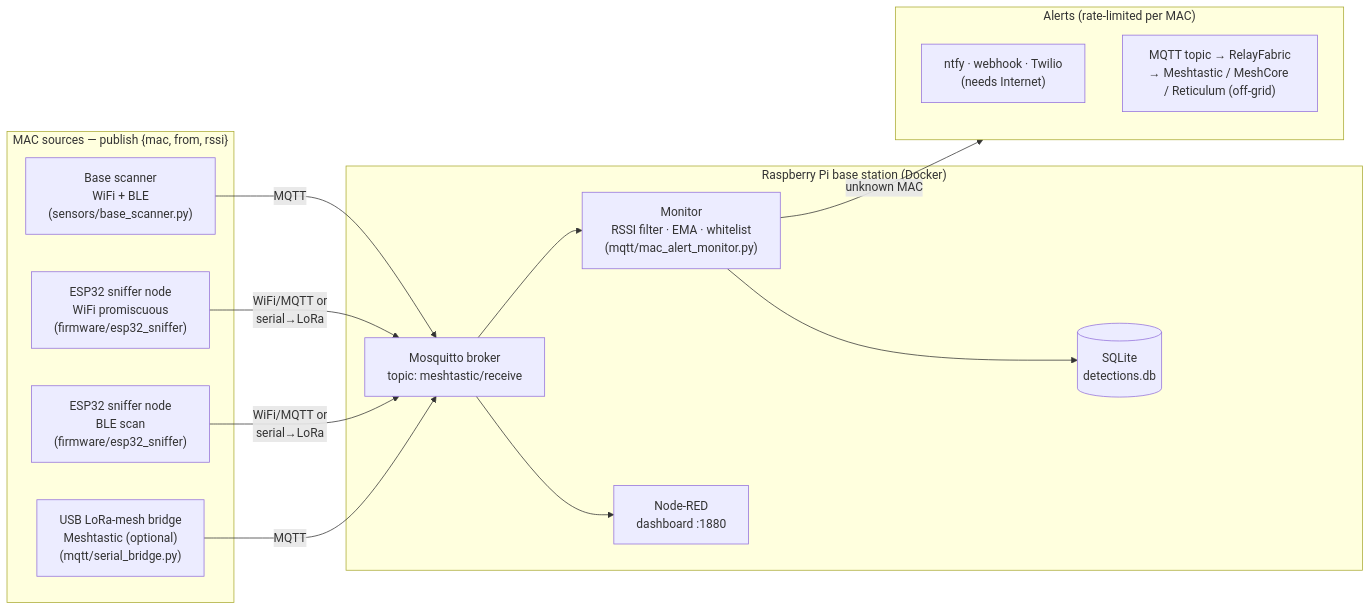
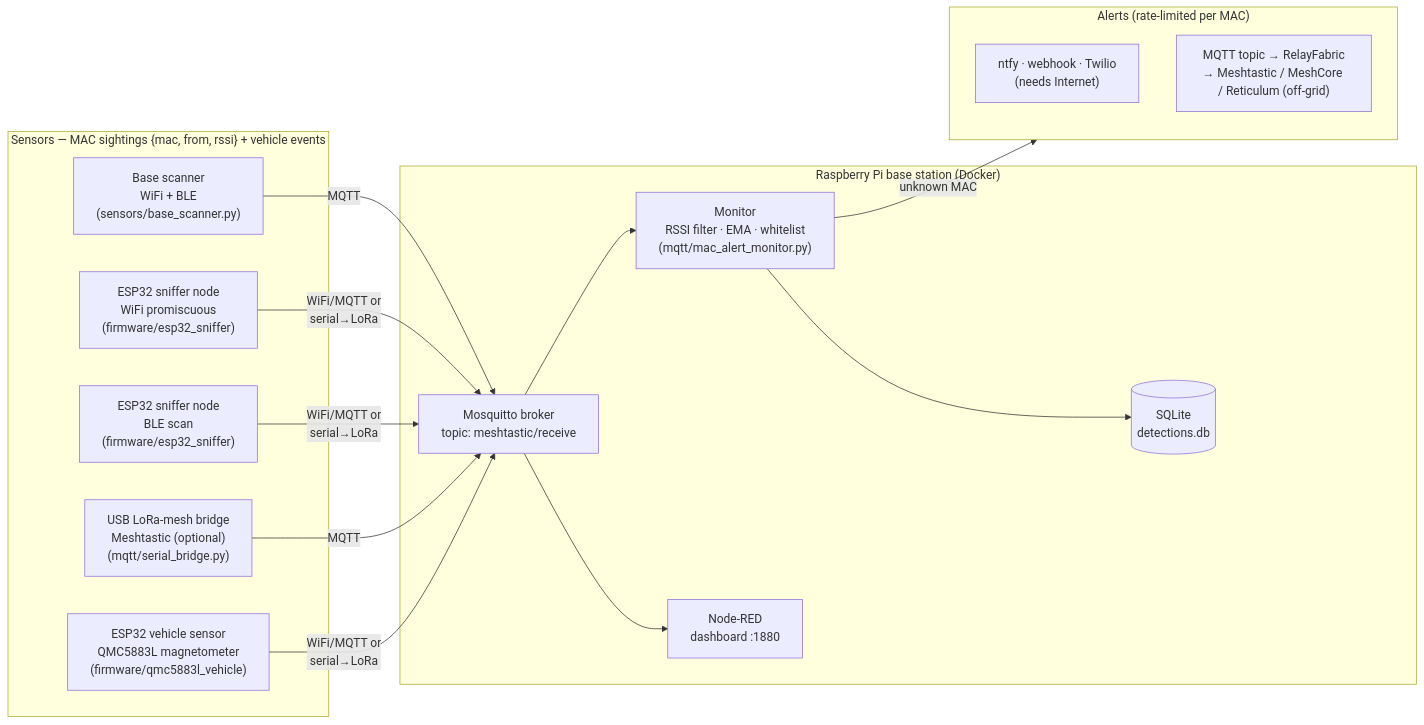
The diagram in README.md (OutandBack/meshtripwire), drawn with Mermaid before and after one commit. The commit also changed other lines of this file and 7 other files, not shown here.

First line of the commit message:
Add QMC5883L magnetometer vehicle detection

````diff
--- a/README.md
+++ b/README.md
@@ -9,30 +9,32 @@
 ```mermaid
 flowchart LR
-    subgraph sensors["MAC sources — publish {mac, from, rssi}"]
+    subgraph sensors["Sensors — MAC sightings {mac, from, rssi} + vehicle events"]
         S1["Base scanner<br/>WiFi + BLE<br/>(sensors/base_scanner.py)"]
         S2["ESP32 sniffer node<br/>WiFi promiscuous<br/>(firmware/esp32_sniffer)"]
         S4["ESP32 sniffer node<br/>BLE scan<br/>(firmware/esp32_sniffer)"]
         S3["USB LoRa-mesh bridge<br/>Meshtastic (optional)<br/>(mqtt/serial_bridge.py)"]
+        S5["ESP32 vehicle sensor<br/>QMC5883L magnetometer<br/>(firmware/qmc5883l_vehicle)"]
     end
 
     S1 -->|MQTT| BROKER
     S2 -->|WiFi/MQTT or<br/>serial→LoRa| BROKER
     S4 -->|WiFi/MQTT or<br/>serial→LoRa| BROKER
     S3 -->|MQTT| BROKER
+    S5 -->|WiFi/MQTT or<br/>serial→LoRa| BROKER
 
     subgraph base["Raspberry Pi base station (Docker)"]
         BROKER["Mosquitto broker<br/>topic: meshtastic/receive"]
         MON["Monitor<br/>RSSI filter · EMA · whitelist<br/>(mqtt/mac_alert_monitor.py)"]
         DB[("SQLite<br/>detections.db")]
         NR["Node-RED<br/>dashboard :1880"]
         BROKER --> MON
         BROKER --> NR
         MON --> DB
     end
 
     MON -->|unknown MAC| ALERTS
     subgraph ALERTS["Alerts (rate-limited per MAC)"]
         A1["ntfy · webhook · Twilio<br/>(needs Internet)"]
         A2["MQTT topic → RelayFabric<br/>→ Meshtastic / MeshCore / Reticulum (off-grid)"]
     end
 ```
````
